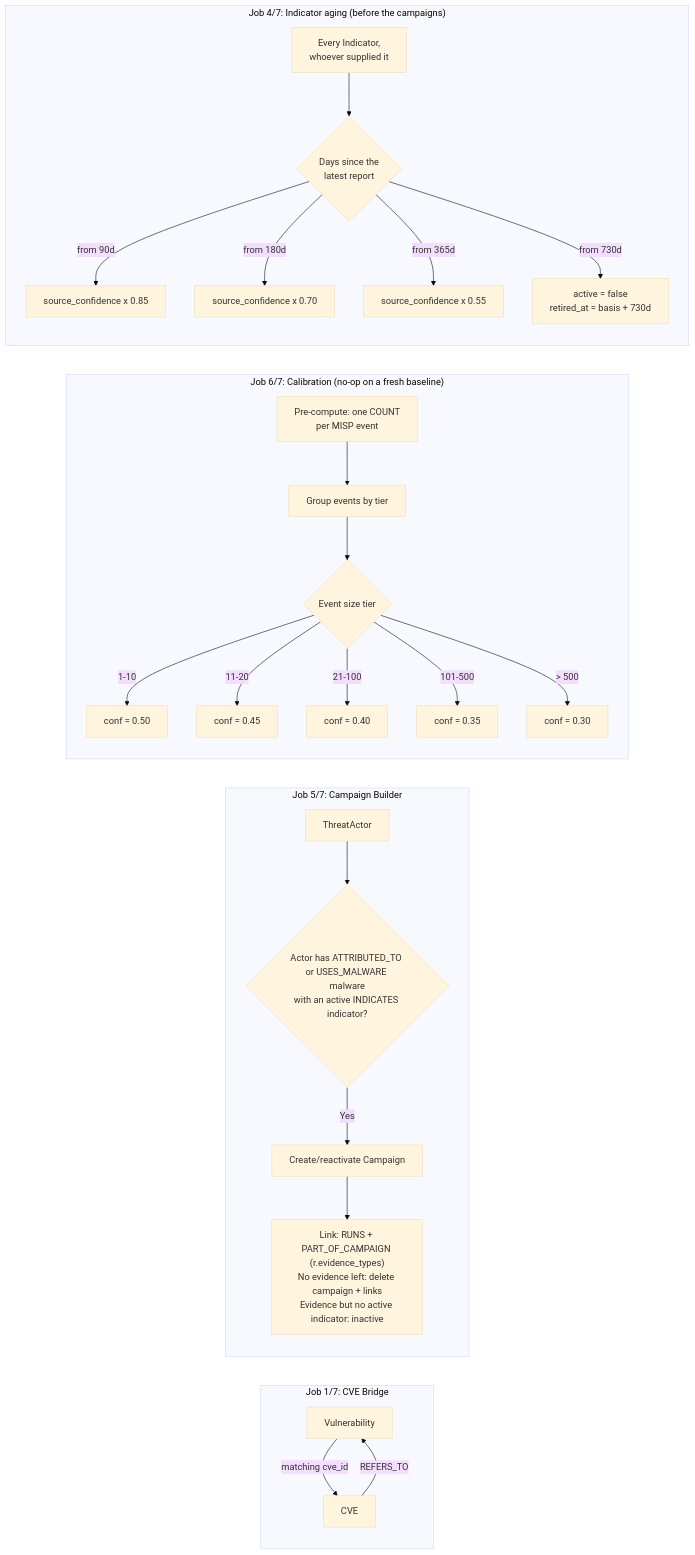
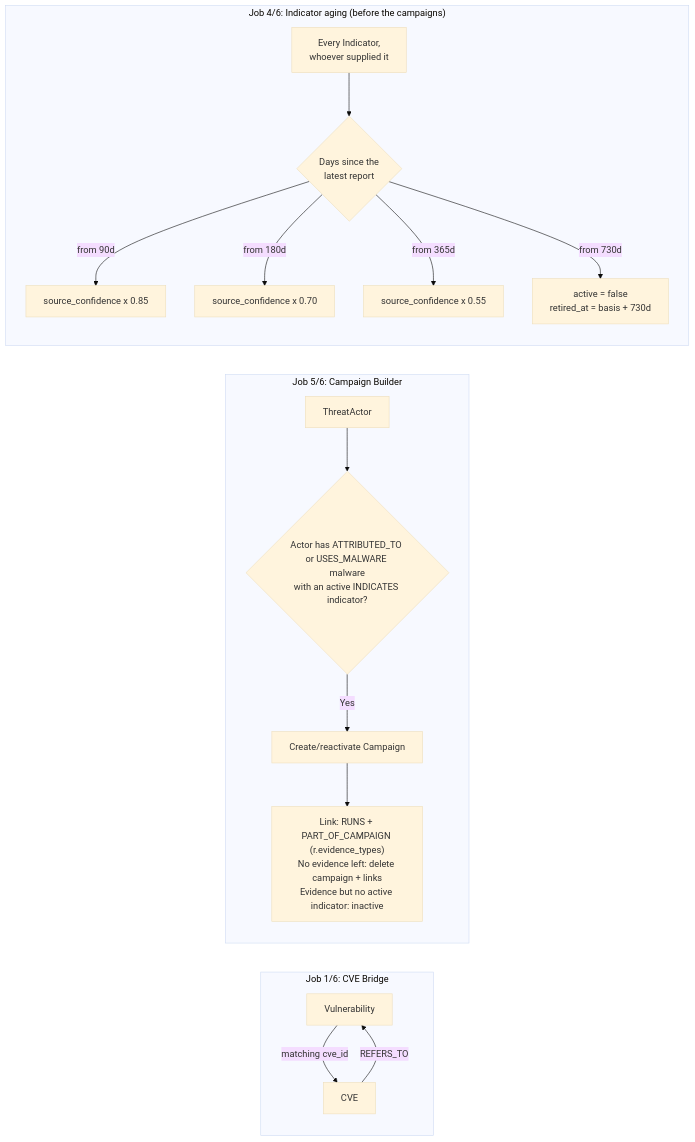
The eighth of 8 diagrams in docs/ARCHITECTURE_DIAGRAMS.md (Kopanov/EdgeGuard-Knowledge-Graph), drawn with Mermaid (base theme) before and after one commit. The commit also changed other lines of this file and 48 other files, not shown here.

First line of the commit message:
chore: remove code that exists only for graphs kept across upgrades (#236)

````diff
--- a/docs/ARCHITECTURE_DIAGRAMS.md
+++ b/docs/ARCHITECTURE_DIAGRAMS.md
@@ -298,31 +297,21 @@
 ```mermaid
 flowchart LR
-    subgraph "Job 1/7: CVE Bridge"
+    subgraph "Job 1/6: CVE Bridge"
         BR1[Vulnerability] -->|matching cve_id| BR2[CVE]
         BR2 -->|REFERS_TO| BR1
     end
 
-    subgraph "Job 5/7: Campaign Builder"
+    subgraph "Job 5/6: Campaign Builder"
         CB1[ThreatActor] --> CB2{"Actor has ATTRIBUTED_TO or USES_MALWARE malware<br/>with an active INDICATES indicator?"}
         CB2 -->|Yes| CB3[Create/reactivate Campaign]
         CB3 --> CB4["Link: RUNS + PART_OF_CAMPAIGN (r.evidence_types)<br/>No evidence left: delete campaign + links<br/>Evidence but no active indicator: inactive"]
     end
 
-    subgraph "Job 6/7: Calibration (no-op on a fresh baseline)"
-        CAL0[Pre-compute: one COUNT<br/>per MISP event] --> CAL1[Group events by tier]
-        CAL1 --> CAL2{Event size tier}
-        CAL2 -->|1-10| CAL3[conf = 0.50]
-        CAL2 -->|11-20| CAL3b[conf = 0.45]
-        CAL2 -->|21-100| CAL4[conf = 0.40]
-        CAL2 -->|101-500| CAL5[conf = 0.35]
-        CAL2 -->|> 500| CAL6[conf = 0.30]
-    end
-
-    subgraph "Job 4/7: Indicator aging (before the campaigns)"
+    subgraph "Job 4/6: Indicator aging (before the campaigns)"
         D1[Every Indicator,<br/>whoever supplied it] --> D2{Days since the<br/>latest report}
         D2 -->|from 90d| D3[source_confidence x 0.85]
         D2 -->|from 180d| D4[source_confidence x 0.70]
         D2 -->|from 365d| D6[source_confidence x 0.55]
         D2 -->|from 730d| D5[active = false<br/>retired_at = basis + 730d]
     end
 ```
````
